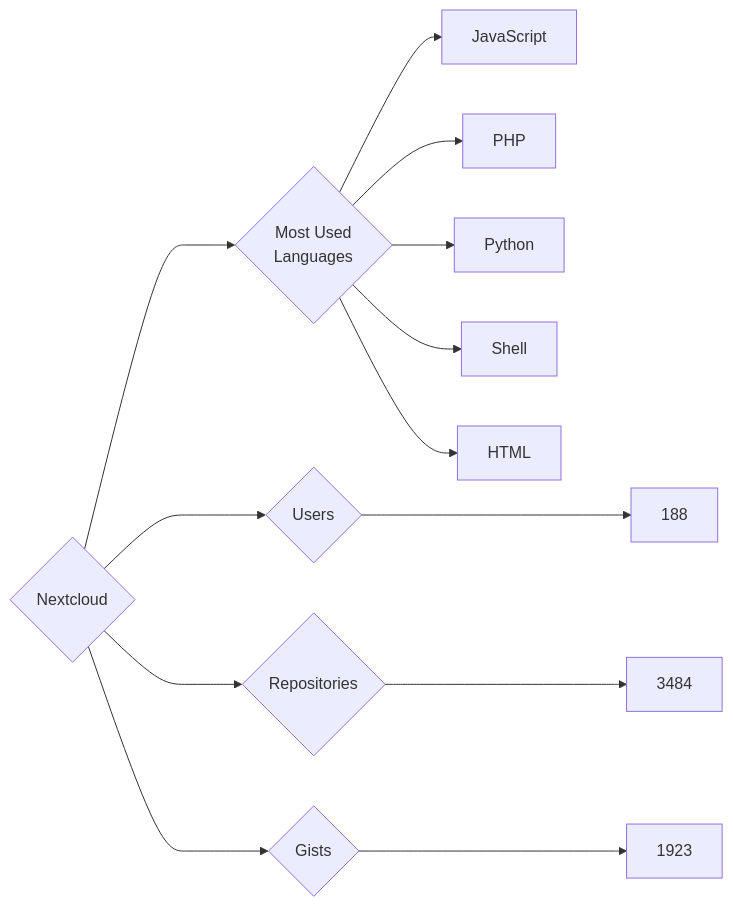
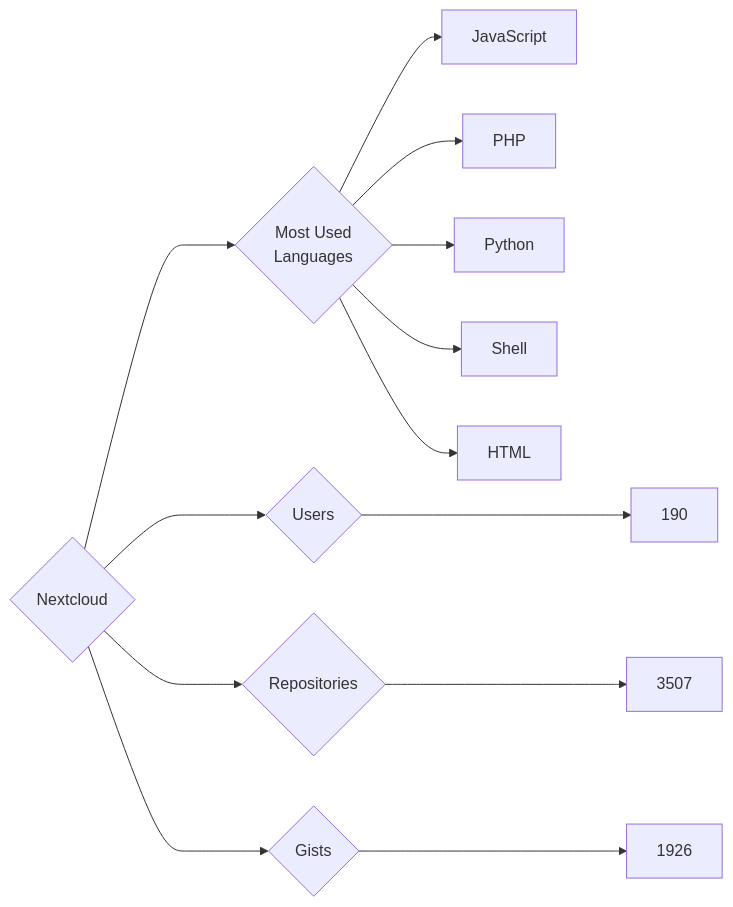
The diagram in targets/Nextcloud/README.md (trickest/insiders), drawn with Mermaid before and after one commit. The commit also changed 534 other files, not shown here.

````diff
--- a/targets/Nextcloud/README.md
+++ b/targets/Nextcloud/README.md
@@ -3,13 +3,13 @@
 ```mermaid
 graph LR
 COMPANY_NAME{Nextcloud}
-COMPANY_NAME ---> U{Users} ---> UN[188]
-COMPANY_NAME ---> R{Repositories} ---> RN[3484]
-COMPANY_NAME ---> G{Gists} ---> GN[1923]
+COMPANY_NAME ---> U{Users} ---> UN[190]
+COMPANY_NAME ---> R{Repositories} ---> RN[3507]
+COMPANY_NAME ---> G{Gists} ---> GN[1926]
 COMPANY_NAME ---> ML{Most Used<br>Languages}
 ML --> JavaScript[JavaScript]
 ML --> PHP[PHP]
 ML --> Python[Python]
 ML --> Shell[Shell]
 ML --> HTML[HTML]
 ```
````
